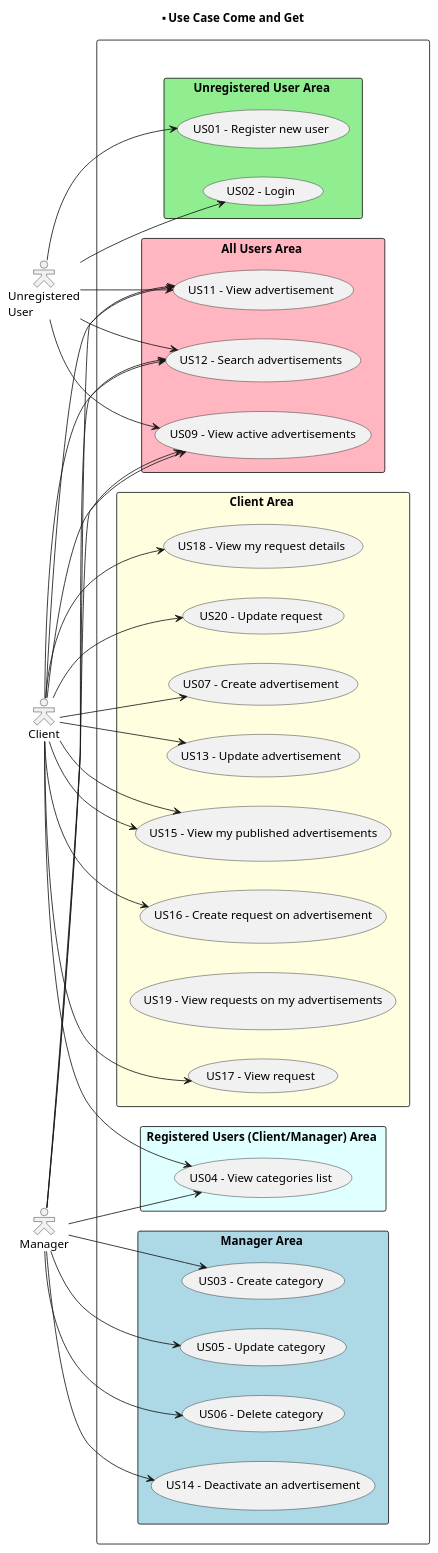
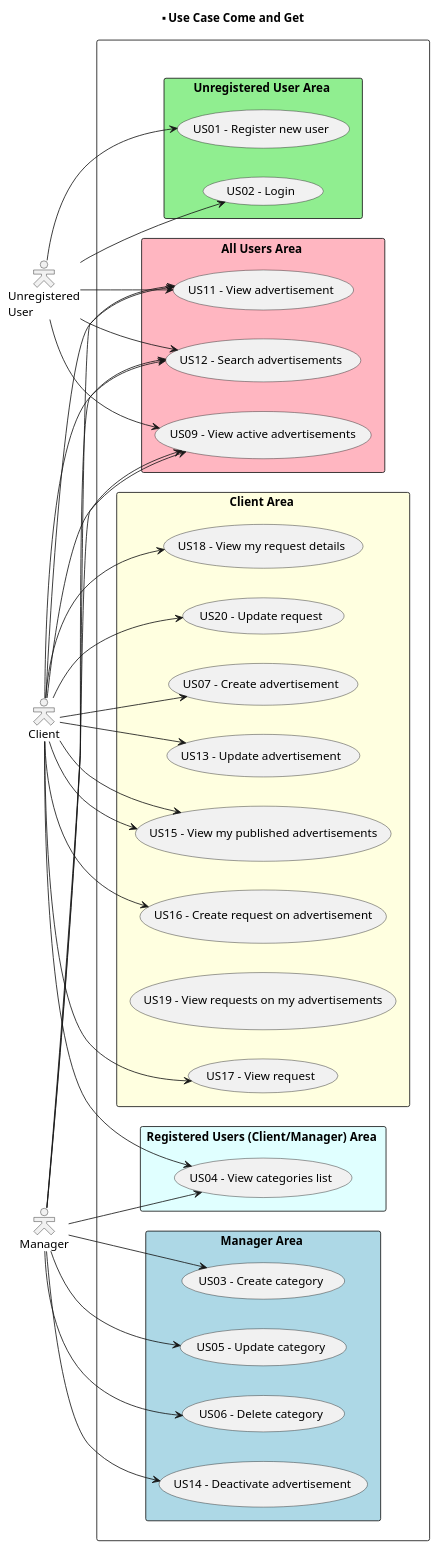
Before and after one commit to vivianeaalmeida/ComeAndGet: the diagram in Docs/global-artifacts/01-requirements-engineering/UCD.puml, drawn with PlantUML. The commit also changed 3 other files, not shown here.

```diff
--- a/Docs/global-artifacts/01-requirements-engineering/UCD.puml
+++ b/Docs/global-artifacts/01-requirements-engineering/UCD.puml
@@ -1,84 +1,84 @@
 @startuml
 
 title ******* Use Case Come and Get
 
 left to right direction
 skinparam actorStyle hollow
   actor "Unregistered\nUser"
   actor "Client"
   actor "Manager"
 
 
 rectangle " " as usecase1 {
 
     rectangle "All Users Area " as usecase2 #Lightpink{
 
             usecase "US09 - View active advertisements" as US09
             usecase "US11 - View advertisement" as US11
             usecase "US12 - Search advertisements" as US12
 
             "Client" --> US09
             "Client" --> US11
             "Client" --> US12
             "Unregistered\nUser" --> US09
             "Unregistered\nUser" --> US11
             "Unregistered\nUser" --> US12
             "Manager" --> US09
             "Manager" --> US11
             "Manager" --> US12
          }
 
     rectangle "Unregistered User Area " as usecase3 #Lightgreen{
 
             usecase "US01 - Register new user" as US01
             usecase "US02 - Login" as US02
 
             "Unregistered\nUser" --> US01
             "Unregistered\nUser" --> US02
          }
 
     rectangle "Registered Users (Client/Manager) Area " as usecase4 #Lightcyan{
 
             usecase "US04 - View categories list" as US04
 
             "Client" --> US04
             "Manager" --> US04
          }
 
      rectangle "Client Area " as usecase5 #Lightyellow{
 
 
             usecase "US07 - Create advertisement" as US07
             usecase "US13 - Update advertisement" as US13
             usecase "US15 - View my published advertisements" as US15
             usecase "US16 - Create request on advertisement" as US16
             usecase "US17 - View request" as US17
             usecase "US18 - View my request details" as US18
             usecase "US19 - View requests on my advertisements" as US19
             usecase "US20 - Update request" as US20
 
             "Client" --> US15
             "Client" --> US20
             "Client" --> US18
             "Client" --> US17
             "Client" --> US16
             "Client" --> US15
             "Client" --> US13
             "Client" --> US07
 
         }
 
     rectangle "Manager Area " as usecase6 #Lightblue{
 
             usecase "US03 - Create category" as US03
             usecase "US05 - Update category" as US05
             usecase "US06 - Delete category" as US06
-            usecase "US14 - Deactivate an advertisement" as US14
+            usecase "US14 - Deactivate advertisement" as US14
 
             "Manager" --> US03
             "Manager" --> US05
             "Manager" --> US06
             "Manager" --> US14
         }
 }
 @enduml
```
